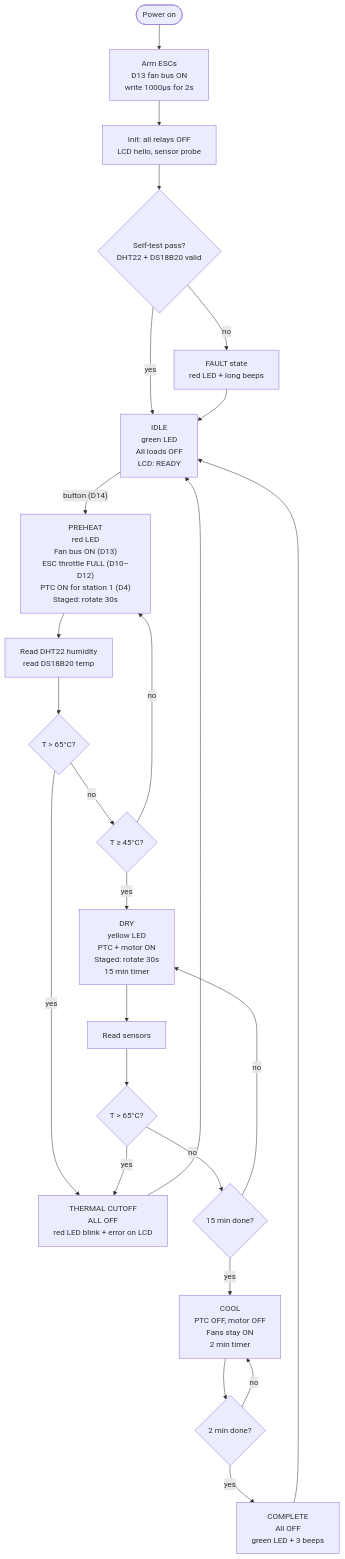
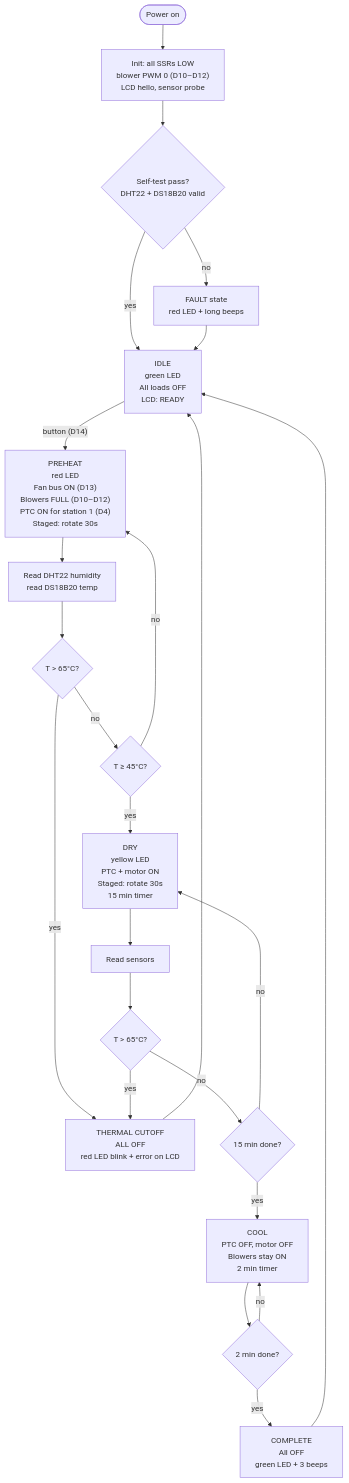
Before and after one commit to qppd/umbrella-dryer-v2: the first of 4 diagrams in docs/FLOWCHART.md, drawn with Mermaid. The commit also changed other lines of this file and 11 other files, not shown here.

````diff
--- a/docs/FLOWCHART.md
+++ b/docs/FLOWCHART.md
@@ -9,32 +9,31 @@
 ```mermaid
 flowchart TD
-    PWR([Power on]) --> ARM["Arm ESCs<br/>D13 fan bus ON<br/>write 1000µs for 2s"]
-    ARM --> INIT["Init: all relays OFF<br/>LCD hello, sensor probe"]
+    PWR([Power on]) --> INIT["Init: all SSRs LOW<br/>blower PWM 0 (D10–D12)<br/>LCD hello, sensor probe"]
     INIT --> SELF{Self-test pass?<br/>DHT22 + DS18B20 valid}
     SELF -- no --> FAULT["FAULT state<br/>red LED + long beeps"]
     SELF -- yes --> IDLE["IDLE<br/>green LED<br/>All loads OFF<br/>LCD: READY"]
 
-    IDLE -- "button (D14)" --> PREHEAT["PREHEAT<br/>red LED<br/>Fan bus ON (D13)<br/>ESC throttle FULL (D10–D12)<br/>PTC ON for station 1 (D4)<br/>Staged: rotate 30s"]
+    IDLE -- "button (D14)" --> PREHEAT["PREHEAT<br/>red LED<br/>Fan bus ON (D13)<br/>Blowers FULL (D10–D12)<br/>PTC ON for station 1 (D4)<br/>Staged: rotate 30s"]
 
     PREHEAT --> READ["Read DHT22 humidity<br/>read DS18B20 temp"]
     READ --> TOVER{T > 65°C?}
     TOVER -- yes --> CUTOFF["THERMAL CUTOFF<br/>ALL OFF<br/>red LED blink + error on LCD"]
     TOVER -- no --> TEMP_OK{T ≥ 45°C?}
     TEMP_OK -- no --> PREHEAT
     TEMP_OK -- yes --> DRY["DRY<br/>yellow LED<br/>PTC + motor ON<br/>Staged: rotate 30s<br/>15 min timer"]
 
     DRY --> READ2["Read sensors"]
     READ2 --> TOVER2{T > 65°C?}
     TOVER2 -- yes --> CUTOFF
     TOVER2 -- no --> TIMER{15 min done?}
     TIMER -- no --> DRY
-    TIMER -- yes --> COOL["COOL<br/>PTC OFF, motor OFF<br/>Fans stay ON<br/>2 min timer"]
+    TIMER -- yes --> COOL["COOL<br/>PTC OFF, motor OFF<br/>Blowers stay ON<br/>2 min timer"]
 
     COOL --> COOL_TIMER{2 min done?}
     COOL_TIMER -- no --> COOL
     COOL_TIMER -- yes --> DONE["COMPLETE<br/>All OFF<br/>green LED + 3 beeps"]
     DONE --> IDLE
 
     FAULT --> IDLE
     CUTOFF --> IDLE
 ```
````
